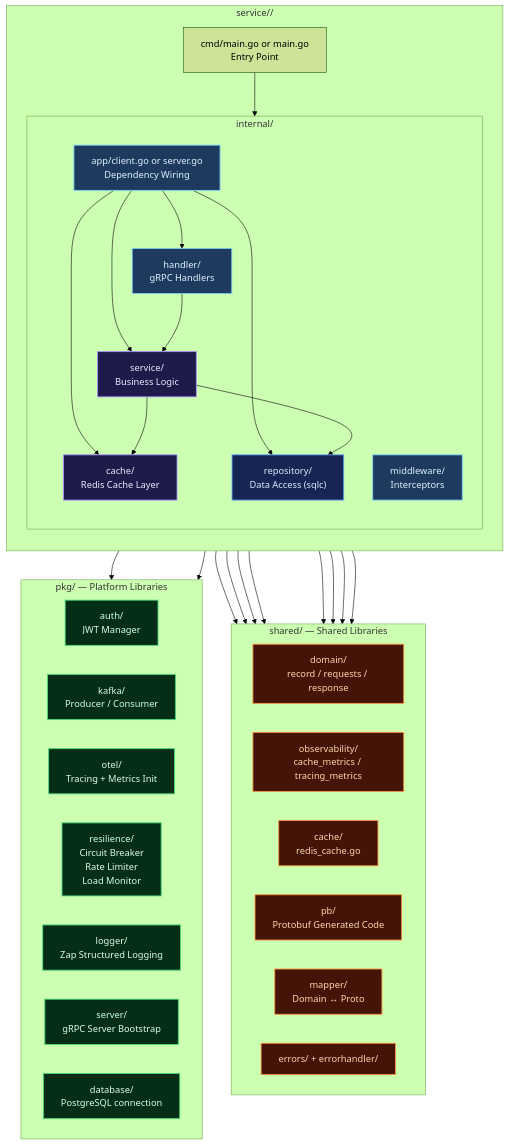
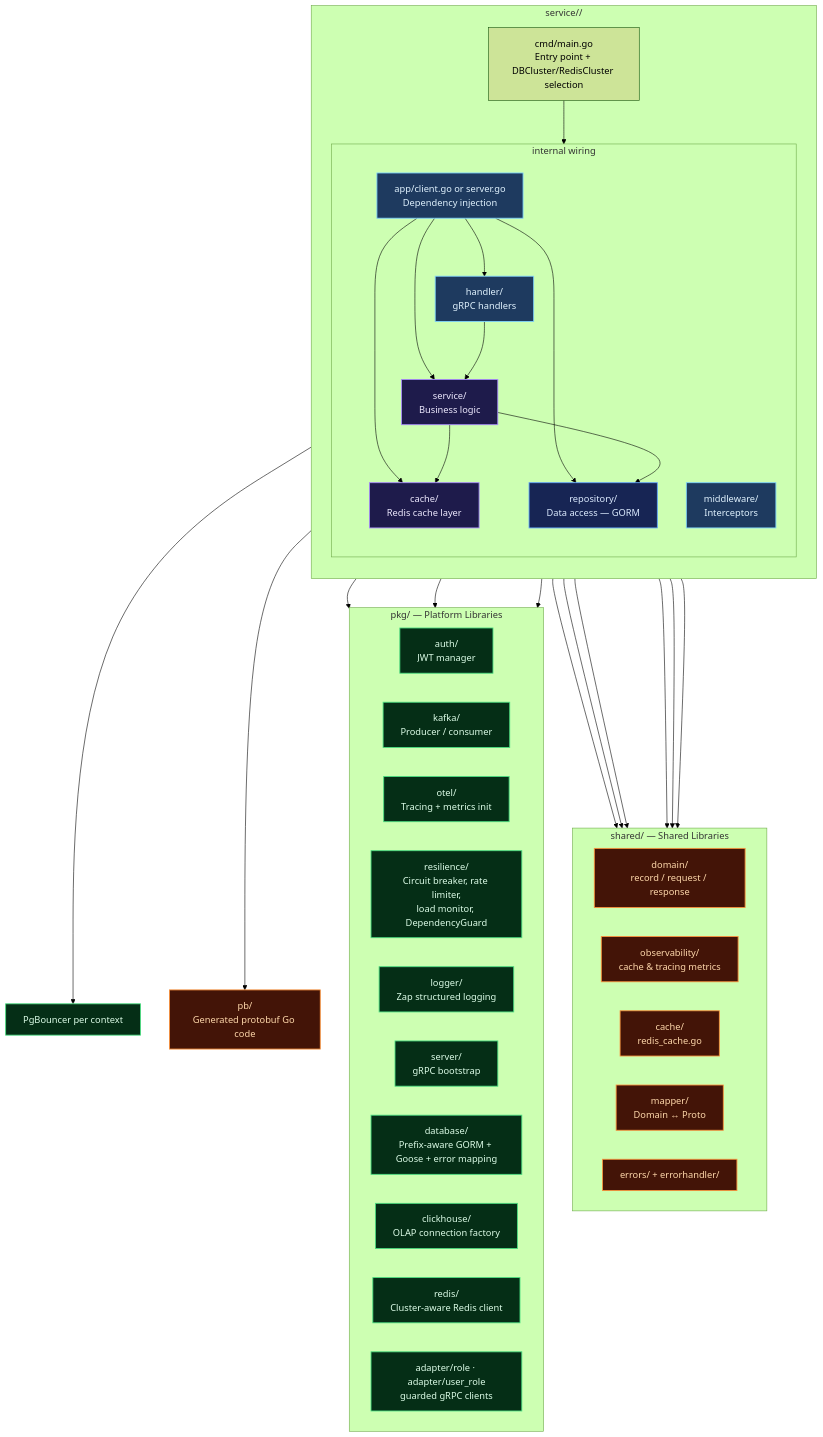
The seventh of 15 diagrams in README.md (MamangRust/microservice-paymentgateway-gorm-graphql), drawn with Mermaid (forest theme) before and after one commit. The commit also changed other lines of this file and 440 other files, not shown here.

Commit message:
PostgreSQL cluster-per-bounded-context

````diff
--- a/README.md
+++ b/README.md
@@ -222,65 +496,71 @@
 ```mermaid
 graph TB
     classDef handler fill:#1e3a5f,stroke:#7dd3fc,color:#e0f2fe,stroke-width:1.5px
     classDef service fill:#1e1b4b,stroke:#a78bfa,color:#ede9fe,stroke-width:1.5px
     classDef repo fill:#172554,stroke:#60a5fa,color:#dbeafe,stroke-width:1.5px
     classDef infra fill:#052e16,stroke:#4ade80,color:#dcfce7,stroke-width:1.5px
     classDef shared fill:#431407,stroke:#fb923c,color:#fed7aa,stroke-width:1.5px
 
     subgraph Service["service/<name>/"]
         direction TB
 
-        CMD["cmd/main.go or main.go<br/>Entry Point"]
+        CMD["cmd/main.go<br/>Entry point + DBCluster/RedisCluster selection"]
 
-        subgraph Internal["internal/"]
+        subgraph Internal["internal wiring"]
             direction TB
-            APPS["app/client.go or server.go<br/>Dependency Wiring"]:::handler
-            HANDLER["handler/<br/>gRPC Handlers"]:::handler
+            APPS["app/client.go or server.go<br/>Dependency injection"]:::handler
+            HANDLER["handler/<br/>gRPC handlers"]:::handler
             MW["middleware/<br/>Interceptors"]:::handler
-            SVC["service/<br/>Business Logic"]:::service
-            CACHE["cache/<br/>Redis Cache Layer"]:::service
-            REPO["repository/<br/>Data Access (sqlc)"]:::repo
+            SVC["service/<br/>Business logic"]:::service
+            CACHE["cache/<br/>Redis cache layer"]:::service
+            REPO["repository/<br/>Data access — GORM"]:::repo
         end
 
         CMD --> APPS
         APPS --> HANDLER
         APPS --> SVC
         APPS --> CACHE
         APPS --> REPO
         HANDLER --> SVC
         SVC --> REPO
         SVC --> CACHE
     end
 
     subgraph SharedLibs["shared/ — Shared Libraries"]
         direction LR
-        DOMAIN["domain/<br/>record / requests / response"]:::shared
-        OBS["observability/<br/>cache_metrics / tracing_metrics"]:::shared
+        DOMAIN["domain/<br/>record / request / response"]:::shared
+        OBS["observability/<br/>cache & tracing metrics"]:::shared
         CACHESHARED["cache/<br/>redis_cache.go"]:::shared
-        PB["pb/<br/>Protobuf Generated Code"]:::shared
         MAPPER["mapper/<br/>Domain ↔ Proto"]:::shared
         ERRORS["errors/ + errorhandler/"]:::shared
     end
 
     subgraph PkgLibs["pkg/ — Platform Libraries"]
         direction LR
-        PKGAUTH["auth/<br/>JWT Manager"]:::infra
-        PKGKAFKA["kafka/<br/>Producer / Consumer"]:::infra
-        PKGOTEL["otel/<br/>Tracing + Metrics Init"]:::infra
-        PKGRES["resilience/<br/>Circuit Breaker<br/>Rate Limiter<br/>Load Monitor"]:::infra
-        PKGLOG["logger/<br/>Zap Structured Logging"]:::infra
-        PKGSRV["server/<br/>gRPC Server Bootstrap"]:::infra
-        PKGDB["database/<br/>PostgreSQL connection"]:::infra
+        PKGAUTH["auth/<br/>JWT manager"]:::infra
+        PKGKAFKA["kafka/<br/>Producer / consumer"]:::infra
+        PKGOTEL["otel/<br/>Tracing + metrics init"]:::infra
+        PKGRES["resilience/<br/>Circuit breaker, rate limiter,<br/>load monitor, DependencyGuard"]:::infra
+        PKGLOG["logger/<br/>Zap structured logging"]:::infra
+        PKGSRV["server/<br/>gRPC bootstrap"]:::infra
+        PKGDB["database/<br/>Prefix-aware GORM + Goose + error mapping"]:::infra
+        PKGCH["clickhouse/<br/>OLAP connection factory"]:::infra
+        PKGREDIS["redis/<br/>Cluster-aware Redis client"]:::infra
+        PKGADAPTER["adapter/role · adapter/user_role<br/>guarded gRPC clients"]:::infra
     end
 
+    PB["pb/<br/>Generated protobuf Go code"]:::shared
+    PGB_EXT["PgBouncer per context"]:::infra
+
     REPO --> DOMAIN
-    REPO --> PB
+    REPO --> PGB_EXT
     SVC --> DOMAIN
     SVC --> OBS
     HANDLER --> PB
     HANDLER --> MAPPER
     APPS --> PKGSRV
     APPS --> PKGOTEL
     APPS --> CACHESHARED
+    APPS --> PKGADAPTER
     APPS --> OBS
 ```
````
